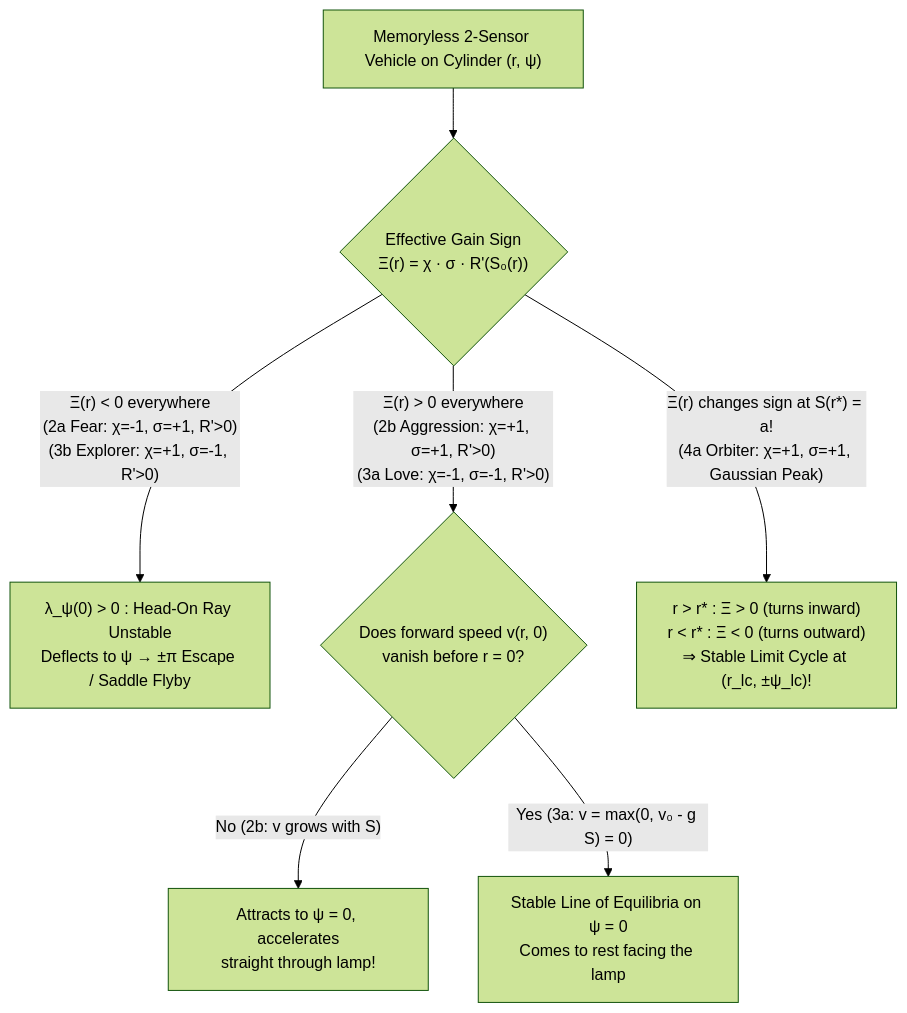
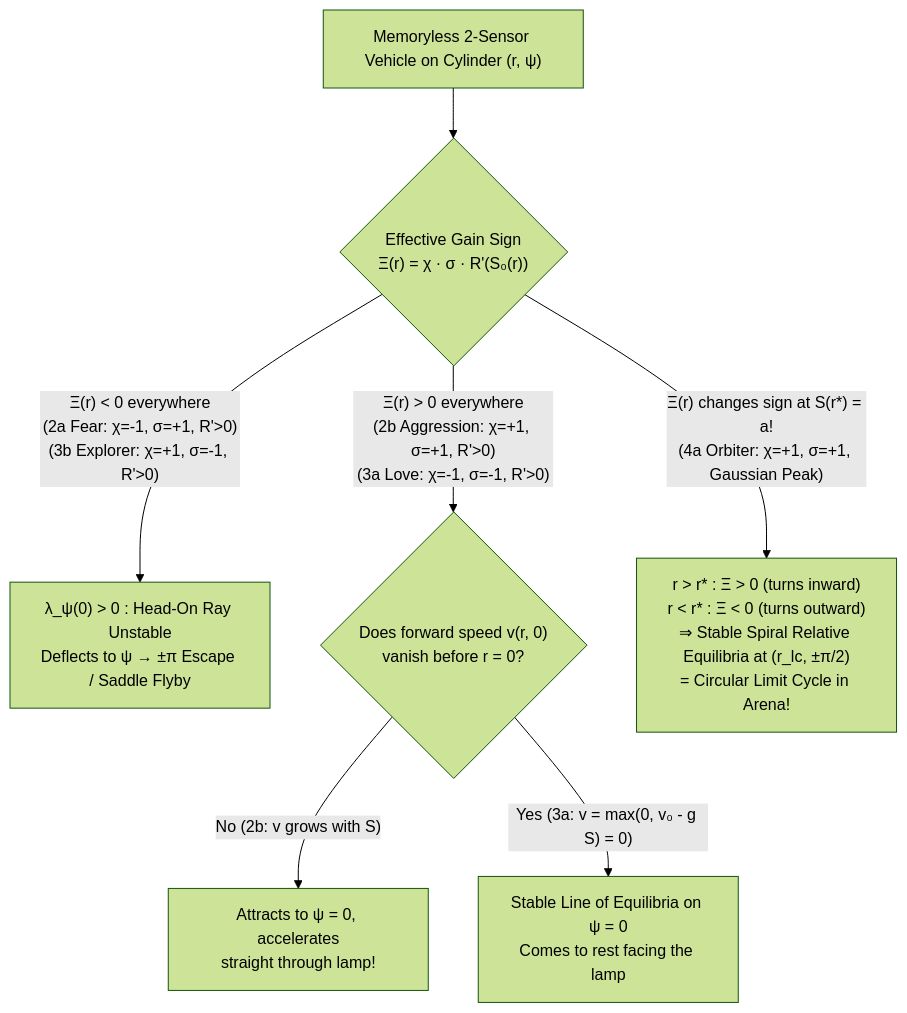
The first of 3 diagrams in experiments/strogatz-dynamics/README.md (dstadulis/Braitenberg-Vehicles), drawn with Mermaid (forest theme) before and after one commit. The commit also changed other lines of this file and 2 other files, not shown here.

Commit message:
Fix polar trail historical heading and relative-equilibrium rendering

````diff
--- a/experiments/strogatz-dynamics/README.md
+++ b/experiments/strogatz-dynamics/README.md
@@ -132,9 +132,9 @@
 ```mermaid
 flowchart TD
   Start["Memoryless 2-Sensor Vehicle on Cylinder (r, ψ)"] --> SignCheck{"Effective Gain Sign<br/>Ξ(r) = χ · σ · R'(S₀(r))"}
   SignCheck -- "Ξ(r) < 0 everywhere<br/>(2a Fear: χ=-1, σ=+1, R'>0)<br/>(3b Explorer: χ=+1, σ=-1, R'>0)" --> Repel["λ_ψ(0) > 0 : Head-On Ray Unstable<br/>Deflects to ψ → ±π Escape / Saddle Flyby"]
   SignCheck -- "Ξ(r) > 0 everywhere<br/>(2b Aggression: χ=+1, σ=+1, R'>0)<br/>(3a Love: χ=-1, σ=-1, R'>0)" --> Attract{"Does forward speed v(r, 0)<br/>vanish before r = 0?"}
   Attract -- "No (2b: v grows with S)" --> Dive["Attracts to ψ = 0, accelerates<br/>straight through lamp!"]
   Attract -- "Yes (3a: v = max(0, v₀ - g S) = 0)" --> Rest["Stable Line of Equilibria on ψ = 0<br/>Comes to rest facing the lamp"]
-  SignCheck -- "Ξ(r) changes sign at S(r*) = a!<br/>(4a Orbiter: χ=+1, σ=+1, Gaussian Peak)" --> Orbit["r > r* : Ξ > 0 (turns inward)<br/>r < r* : Ξ < 0 (turns outward)<br/>⇒ Stable Limit Cycle at (r_lc, ±ψ_lc)!"]
+  SignCheck -- "Ξ(r) changes sign at S(r*) = a!<br/>(4a Orbiter: χ=+1, σ=+1, Gaussian Peak)" --> Orbit["r > r* : Ξ > 0 (turns inward)<br/>r < r* : Ξ < 0 (turns outward)<br/>⇒ Stable Spiral Relative Equilibria at (r_lc, ±π/2)<br/>= Circular Limit Cycle in Arena!"]
 ```
````
